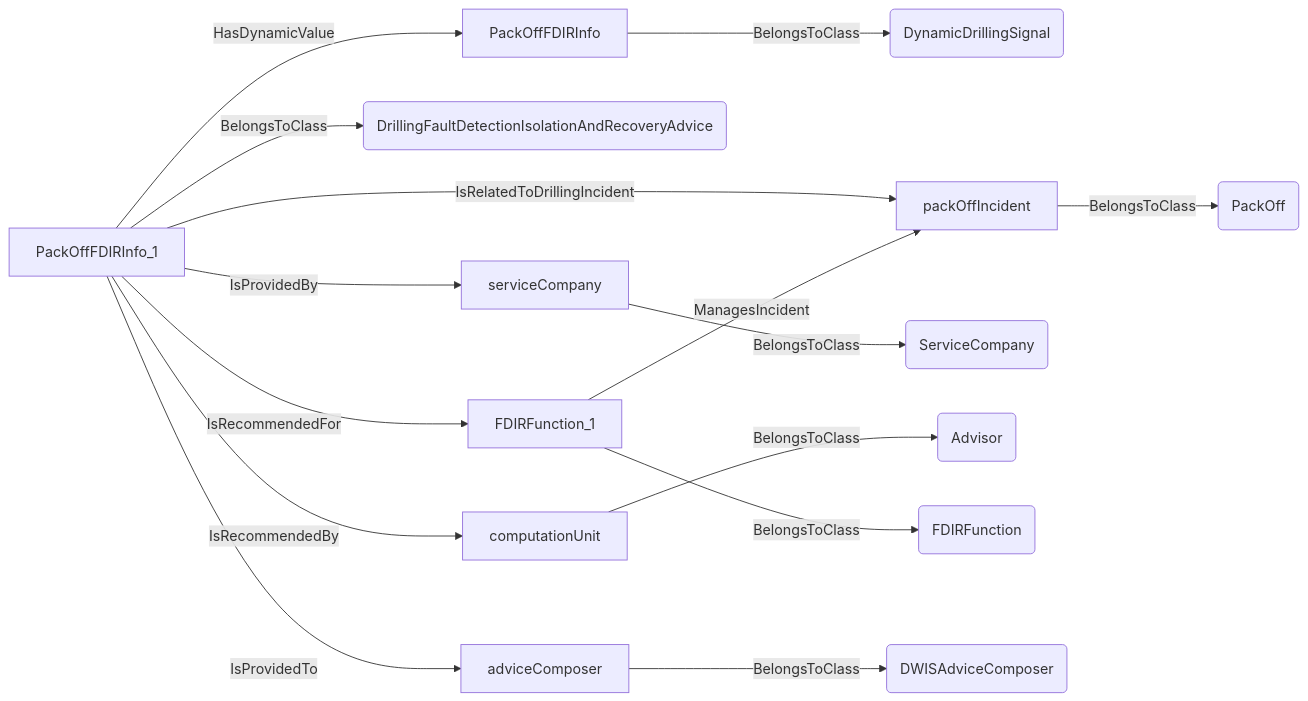
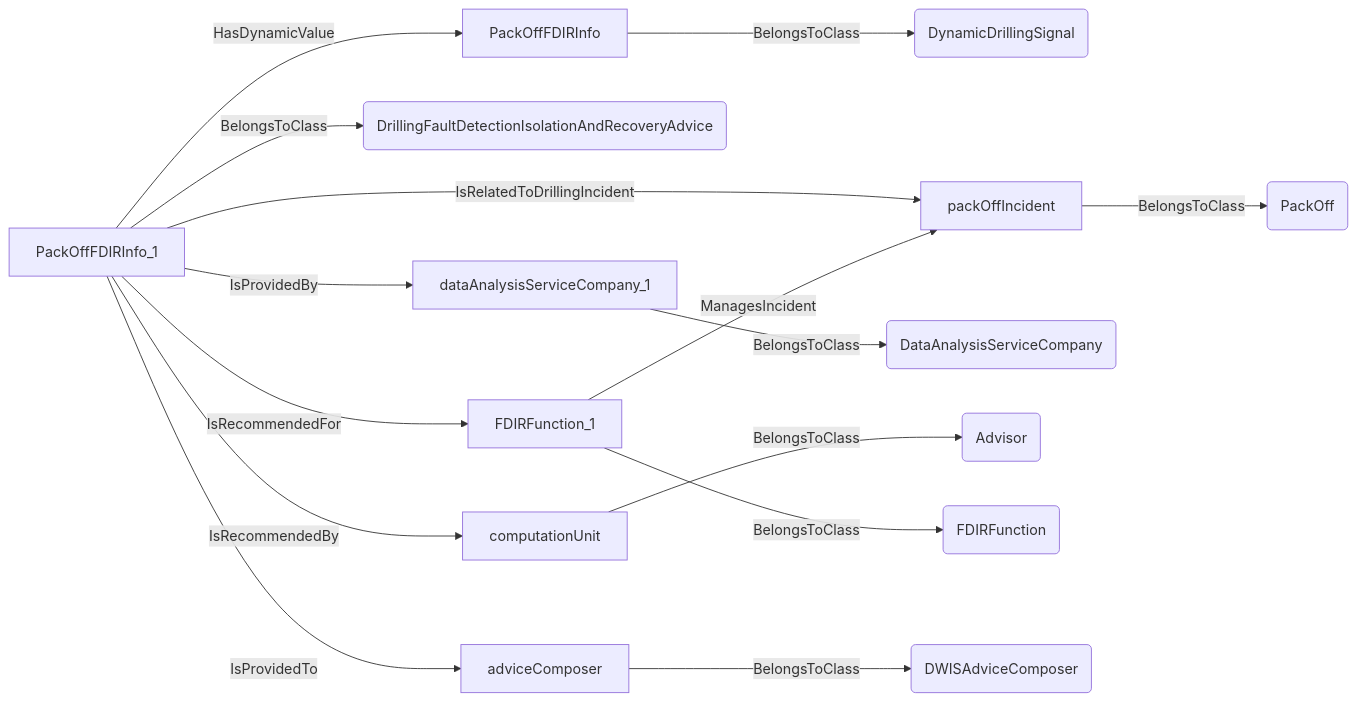
Before and after one commit to D-WIS/DDHub-Semantic-Interoperability: diagram 24 of 42 in docs/vocabulary_development/auto-generated/md/definition-files/AdvisorySystemAdvice.md, drawn with Mermaid. The commit also changed other lines of this file and 12 other files, not shown here.

````diff
--- a/docs/vocabulary_development/auto-generated/md/definition-files/AdvisorySystemAdvice.md
+++ b/docs/vocabulary_development/auto-generated/md/definition-files/AdvisorySystemAdvice.md
@@ -1538,17 +1538,17 @@
 ```mermaid
 graph LR
 	N0000[PackOffFDIRInfo] -->|BelongsToClass| N0001(DynamicDrillingSignal) 
 	N0002[PackOffFDIRInfo_1] -->|BelongsToClass| N0003(DrillingFaultDetectionIsolationAndRecoveryAdvice) 
 	N0002[PackOffFDIRInfo_1] -->|HasDynamicValue| N0000[PackOffFDIRInfo] 
 	N0004[packOffIncident] -->|BelongsToClass| N0005(PackOff) 
 	N0002[PackOffFDIRInfo_1] -->|IsRelatedToDrillingIncident| N0004[packOffIncident] 
-	N0006[serviceCompany] -->|BelongsToClass| N0007(ServiceCompany) 
-	N0002[PackOffFDIRInfo_1] -->|IsProvidedBy| N0006[serviceCompany] 
+	N0006[dataAnalysisServiceCompany_1] -->|BelongsToClass| N0007(DataAnalysisServiceCompany) 
+	N0002[PackOffFDIRInfo_1] -->|IsProvidedBy| N0006[dataAnalysisServiceCompany_1] 
 	N0008[computationUnit] -->|BelongsToClass| N0009(Advisor) 
 	N0002[PackOffFDIRInfo_1] -->|IsRecommendedBy| N0008[computationUnit] 
 	N0010[FDIRFunction_1] -->|BelongsToClass| N0011(FDIRFunction) 
 	N0010[FDIRFunction_1] -->|ManagesIncident| N0004[packOffIncident] 
 	N0002[PackOffFDIRInfo_1] -->|IsRecommendedFor| N0010[FDIRFunction_1] 
 	N0012[adviceComposer] -->|BelongsToClass| N0013(DWISAdviceComposer) 
 	N0002[PackOffFDIRInfo_1] -->|IsProvidedTo| N0012[adviceComposer] 
 ```
````
